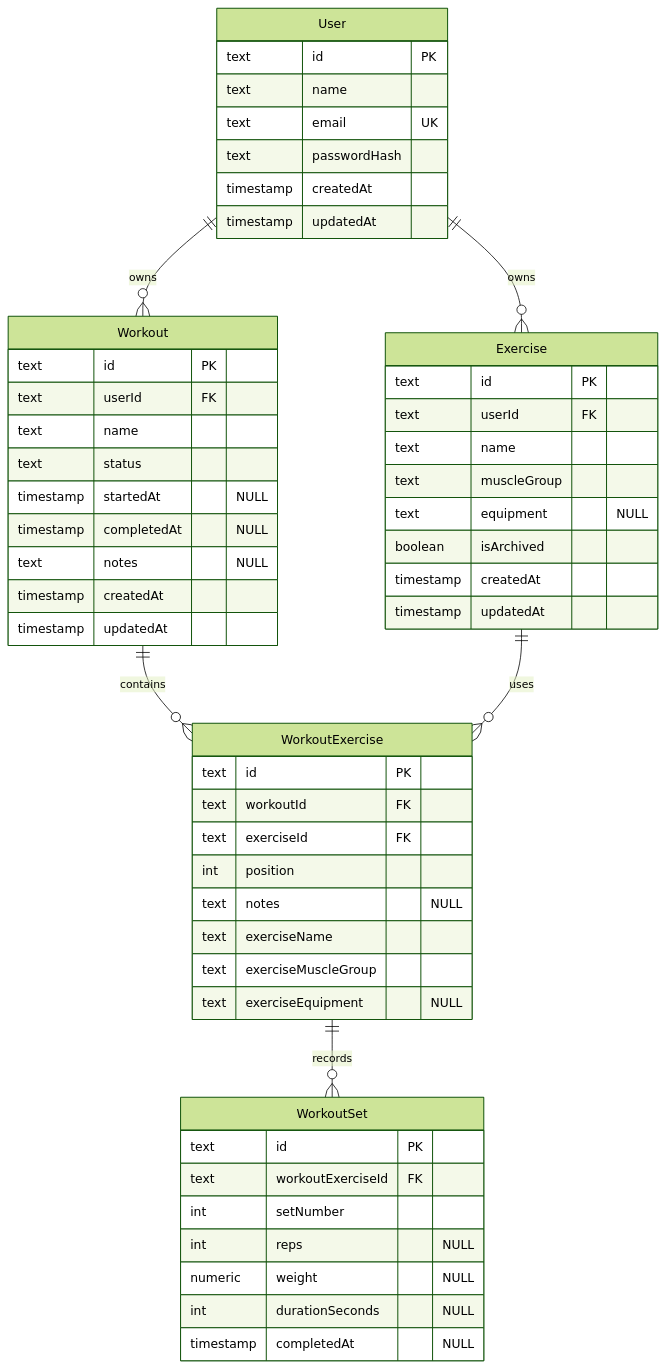
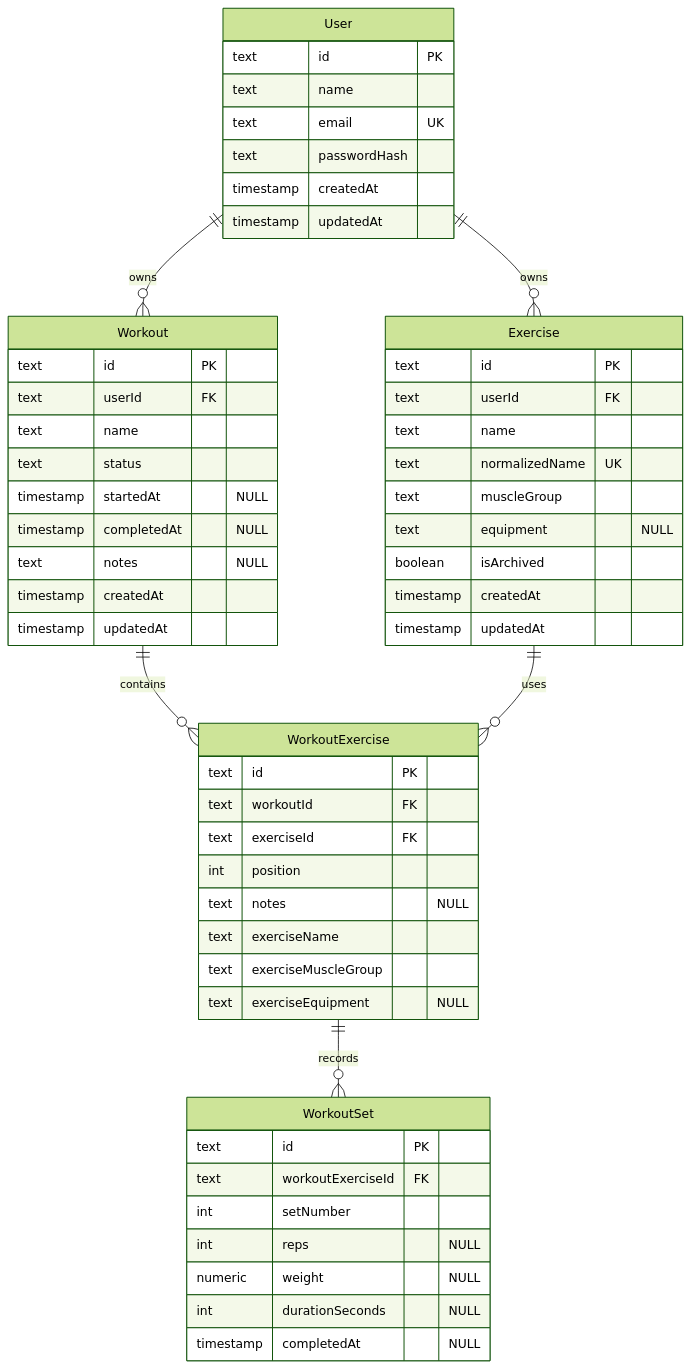
One commit to jakobzagar/Fit-Track changed the second of 2 diagrams in docs/architecture.md. Above: the diagram before and after it, drawn with Mermaid (forest theme). The commit also changed other lines of this file and 8 other files, not shown here.

````diff
--- a/docs/architecture.md
+++ b/docs/architecture.md
@@ -93,61 +93,62 @@
 ```mermaid
 erDiagram
     User {
         text id PK
         text name
         text email UK
         text passwordHash
         timestamp createdAt
         timestamp updatedAt
     }
 
     Exercise {
         text id PK
         text userId FK
         text name
+        text normalizedName UK
         text muscleGroup
         text equipment "NULL"
         boolean isArchived
         timestamp createdAt
         timestamp updatedAt
     }
 
     Workout {
         text id PK
         text userId FK
         text name
         text status
         timestamp startedAt "NULL"
         timestamp completedAt "NULL"
         text notes "NULL"
         timestamp createdAt
         timestamp updatedAt
     }
 
     WorkoutExercise {
         text id PK
         text workoutId FK
         text exerciseId FK
         int position
         text notes "NULL"
         text exerciseName
         text exerciseMuscleGroup
         text exerciseEquipment "NULL"
     }
 
     WorkoutSet {
         text id PK
         text workoutExerciseId FK
         int setNumber
         int reps "NULL"
         numeric weight "NULL"
         int durationSeconds "NULL"
         timestamp completedAt "NULL"
     }
 
     User ||--o{ Exercise : owns
     User ||--o{ Workout : owns
     Workout ||--o{ WorkoutExercise : contains
     Exercise ||--o{ WorkoutExercise : uses
     WorkoutExercise ||--o{ WorkoutSet : records
 ```
````
